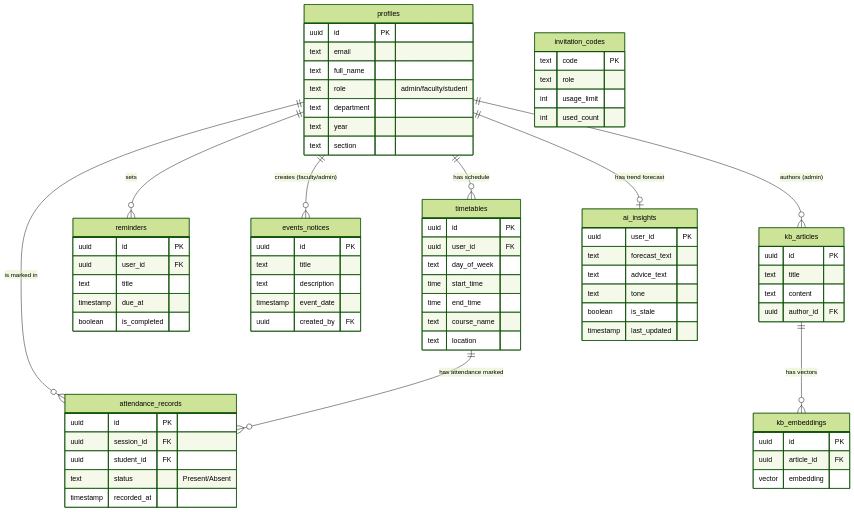
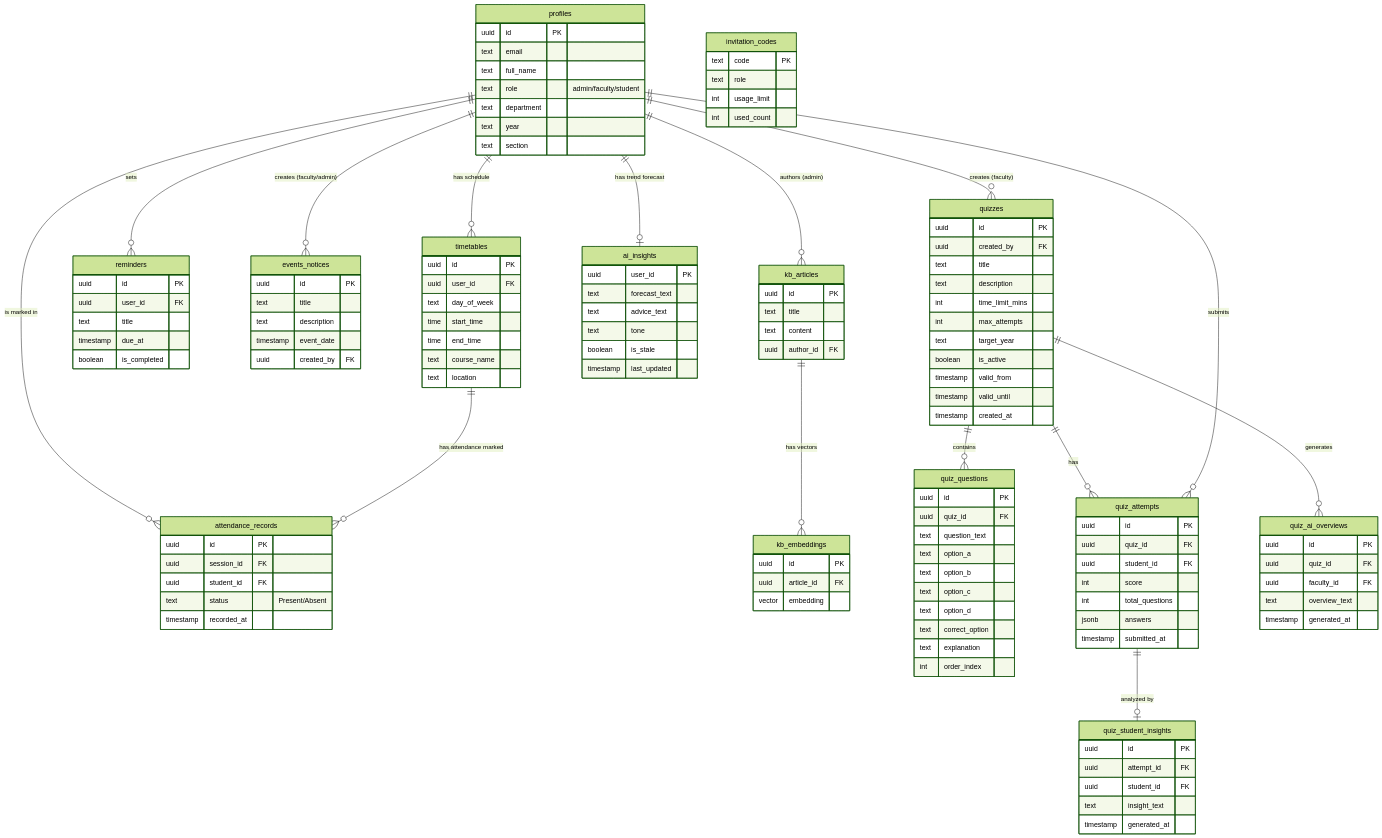
Before and after one commit to Subhapreet21/Proactive-Multimodal-Academic-Support-System: the seventh of 7 diagrams in PROJECT_DOCUMENTATION.md, drawn with Mermaid (forest theme). The commit also changed other lines of this file and 7 other files, not shown here.

````diff
--- a/PROJECT_DOCUMENTATION.md
+++ b/PROJECT_DOCUMENTATION.md
@@ -587,4 +678,64 @@
         int usage_limit
         int used_count
     }
+
+    quizzes {
+        uuid id PK
+        uuid created_by FK
+        text title
+        text description
+        int time_limit_mins
+        int max_attempts
+        text target_year
+        boolean is_active
+        timestamp valid_from
+        timestamp valid_until
+        timestamp created_at
+    }
+
+    quiz_questions {
+        uuid id PK
+        uuid quiz_id FK
+        text question_text
+        text option_a
+        text option_b
+        text option_c
+        text option_d
+        text correct_option
+        text explanation
+        int order_index
+    }
+
+    quiz_attempts {
+        uuid id PK
+        uuid quiz_id FK
+        uuid student_id FK
+        int score
+        int total_questions
+        jsonb answers
+        timestamp submitted_at
+    }
+
+    quiz_ai_overviews {
+        uuid id PK
+        uuid quiz_id FK
+        uuid faculty_id FK
+        text overview_text
+        timestamp generated_at
+    }
+
+    quiz_student_insights {
+        uuid id PK
+        uuid attempt_id FK
+        uuid student_id FK
+        text insight_text
+        timestamp generated_at
+    }
+
+    profiles ||--o{ quizzes : "creates (faculty)"
+    quizzes ||--o{ quiz_questions : "contains"
+    quizzes ||--o{ quiz_attempts : "has"
+    profiles ||--o{ quiz_attempts : "submits"
+    quizzes ||--o{ quiz_ai_overviews : "generates"
+    quiz_attempts ||--o| quiz_student_insights : "analyzed by"
 ```
````
